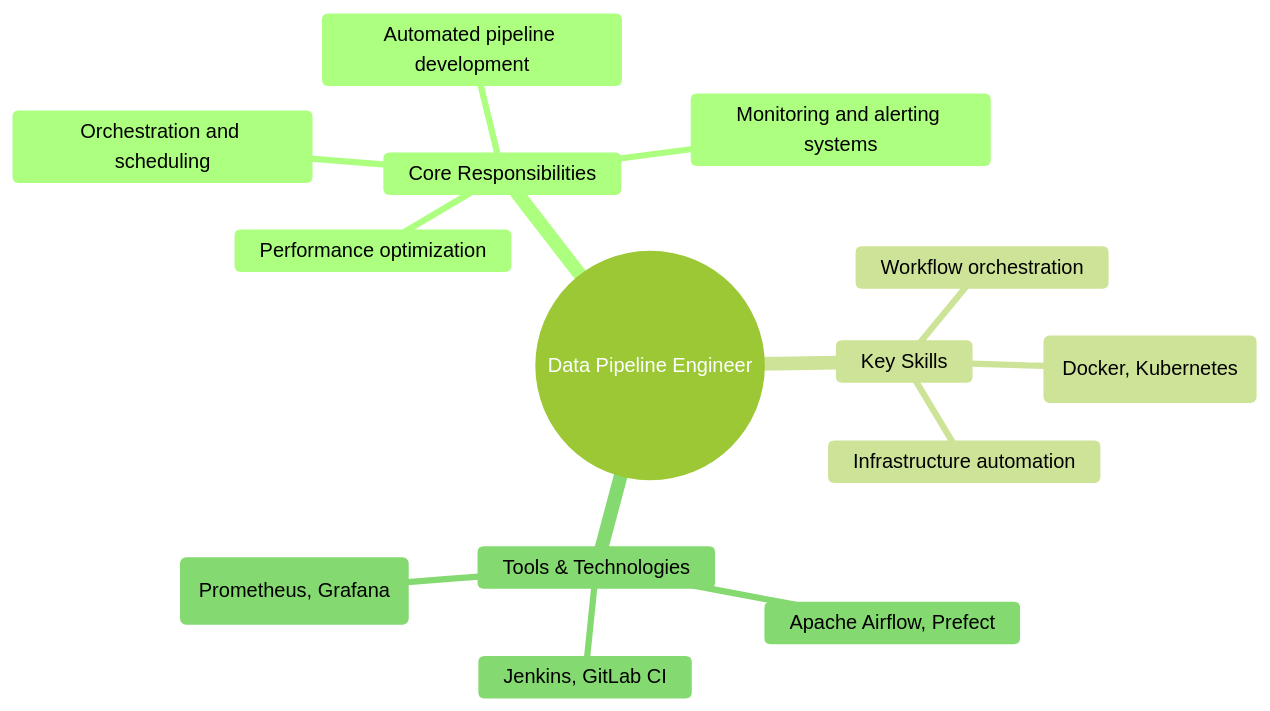
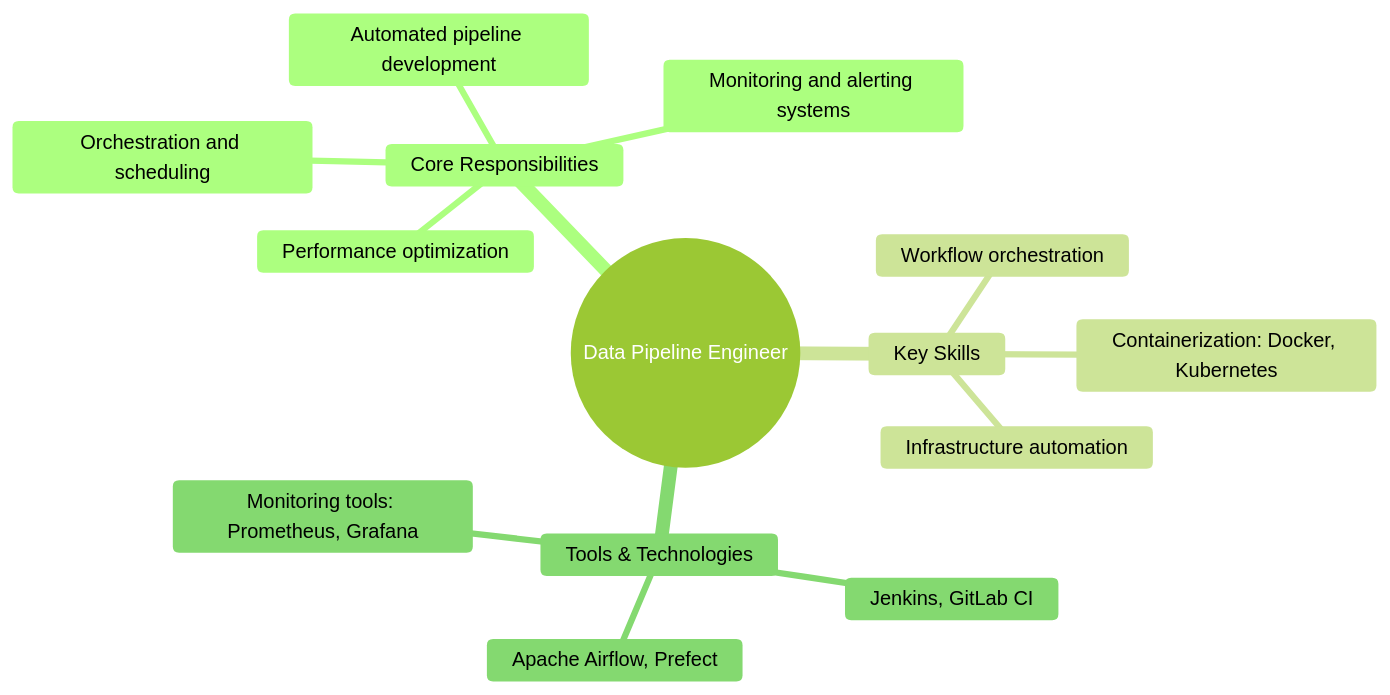
The sixth of 10 diagrams in introduction.md (tinitiateprime/tinitiate-data-engineering), drawn with Mermaid (forest theme) before and after one commit. The commit also changed other lines of this file and 15 other files, not shown here.

````diff
--- a/introduction.md
+++ b/introduction.md
@@ -144,17 +144,17 @@
 ```mermaid
 mindmap
   root((Data Pipeline Engineer))
     Core Responsibilities
       Automated pipeline development
       Orchestration and scheduling
       Monitoring and alerting systems
       Performance optimization
     Key Skills
       Workflow orchestration
-      Containerization (Docker, Kubernetes)
+      Containerization: Docker, Kubernetes
       Infrastructure automation
     Tools & Technologies
       Apache Airflow, Prefect
       Jenkins, GitLab CI
-      Monitoring tools (Prometheus, Grafana)
+      Monitoring tools: Prometheus, Grafana
 ```
````
